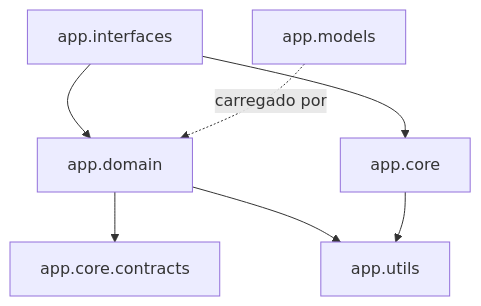
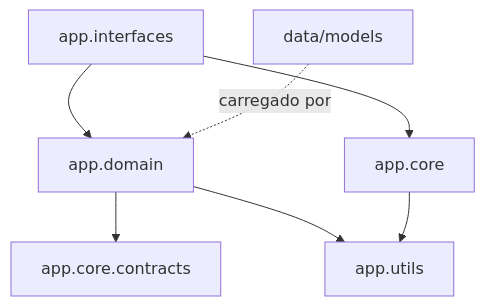
The diagram in docs/architecture/dependency-graph.md (thierrybraga/XFakeSong), drawn with Mermaid before and after one commit. The commit also changed 327 other files, not shown here.

````diff
--- a/docs/architecture/dependency-graph.md
+++ b/docs/architecture/dependency-graph.md
@@ -5,9 +5,9 @@
 ```mermaid
 flowchart TB
     Interfaces["app.interfaces"] --> Domain["app.domain"]
     Interfaces --> Core["app.core"]
     Domain --> Contracts["app.core.contracts"]
     Domain --> Utils["app.utils"]
     Core --> Utils
-    ModelsArtifacts["app.models"] -. carregado por .-> Domain
+    ModelsArtifacts["data/models"] -. carregado por .-> Domain
 ```
````
